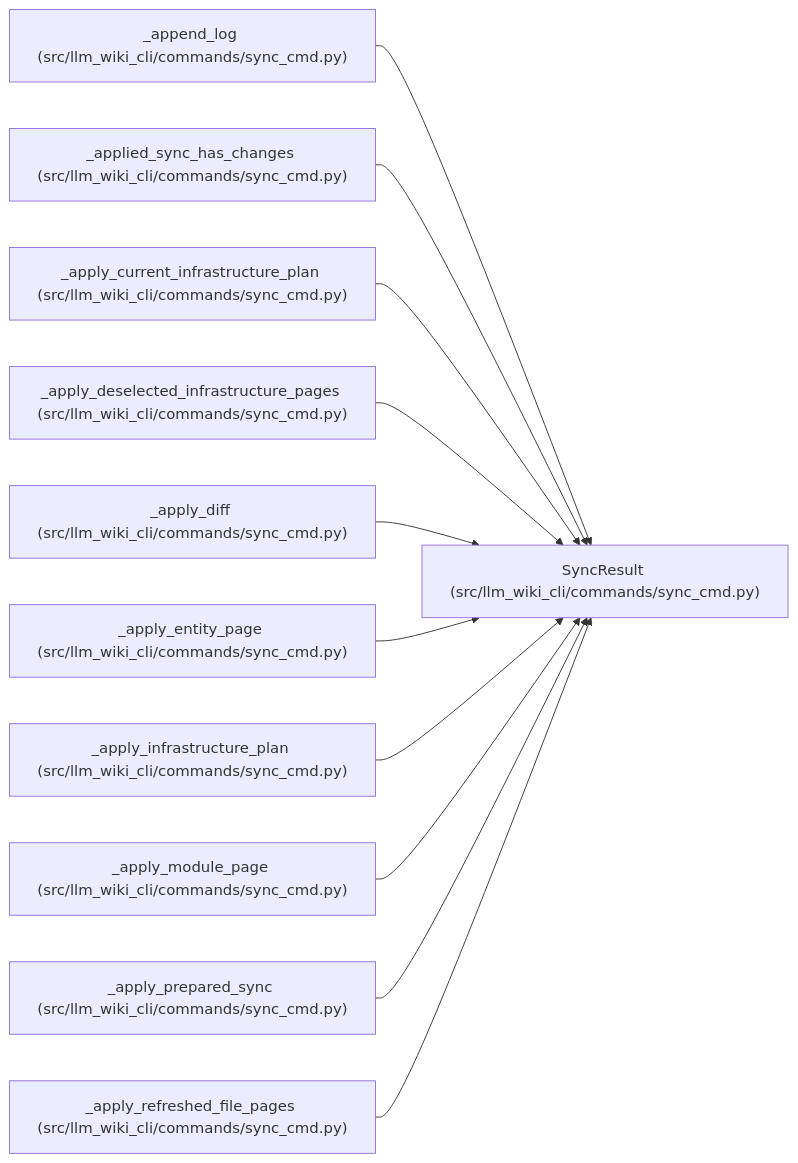
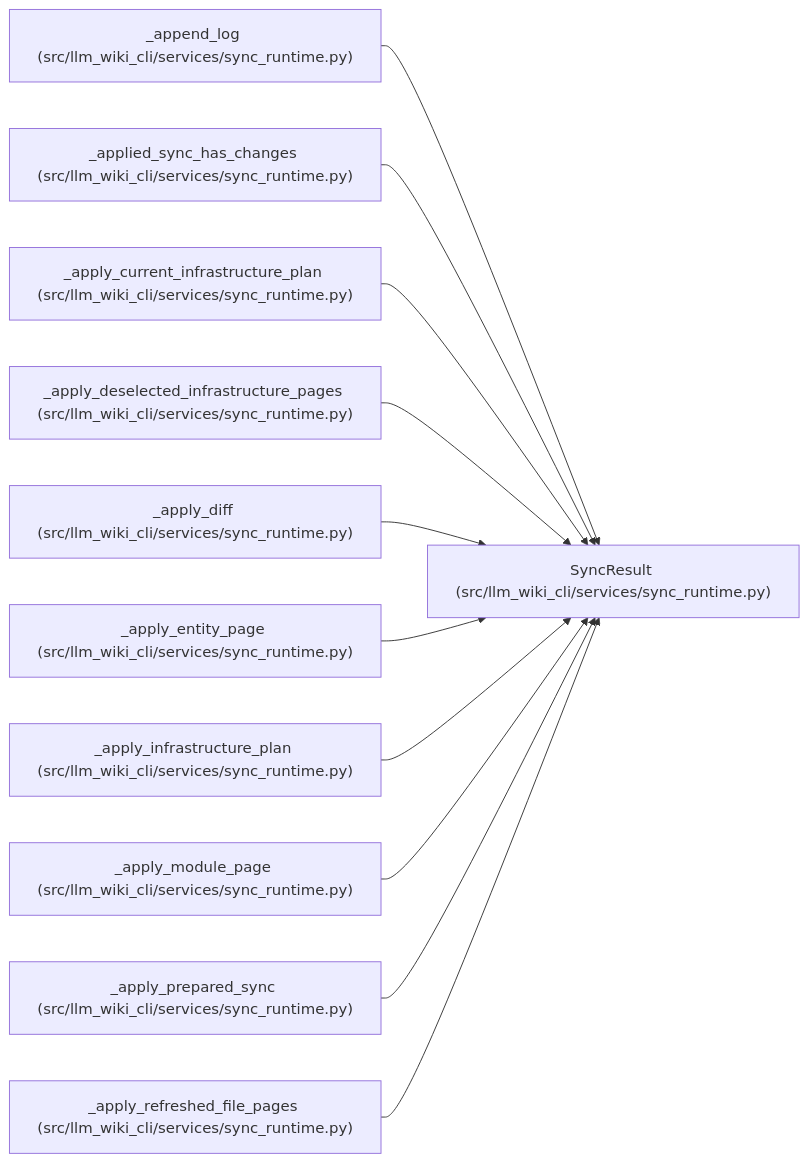
One commit to Denissvgn/python-wiki-llm changed the diagram in docs/llm_wiki/entities/SyncResult.md. Above: the diagram before and after it, drawn with Mermaid. The commit also changed other lines of this file and 1555 other files, not shown here.

````diff
--- a/docs/llm_wiki/entities/SyncResult.md
+++ b/docs/llm_wiki/entities/SyncResult.md
@@ -33,35 +33,35 @@
 ```mermaid
 flowchart LR
-    n0["SyncResult (src/llm_wiki_cli/commands/sync_cmd.py)"]
-    n1["_append_log (src/llm_wiki_cli/commands/sync_cmd.py)"]
-    n2["_applied_sync_has_changes (src/llm_wiki_cli/commands/sync_cmd.py)"]
-    n3["_apply_current_infrastructure_plan (src/llm_wiki_cli/commands/sync_cmd.py)"]
-    n4["_apply_deselected_infrastructure_pages (src/llm_wiki_cli/commands/sync_cmd.py)"]
-    n5["_apply_diff (src/llm_wiki_cli/commands/sync_cmd.py)"]
-    n6["_apply_entity_page (src/llm_wiki_cli/commands/sync_cmd.py)"]
-    n7["_apply_infrastructure_plan (src/llm_wiki_cli/commands/sync_cmd.py)"]
-    n8["_apply_module_page (src/llm_wiki_cli/commands/sync_cmd.py)"]
-    n9["_apply_prepared_sync (src/llm_wiki_cli/commands/sync_cmd.py)"]
-    n10["_apply_refreshed_file_pages (src/llm_wiki_cli/commands/sync_cmd.py)"]
+    n0["SyncResult (src/llm_wiki_cli/services/sync_runtime.py)"]
+    n1["_append_log (src/llm_wiki_cli/services/sync_runtime.py)"]
+    n2["_applied_sync_has_changes (src/llm_wiki_cli/services/sync_runtime.py)"]
+    n3["_apply_current_infrastructure_plan (src/llm_wiki_cli/services/sync_runtime.py)"]
+    n4["_apply_deselected_infrastructure_pages (src/llm_wiki_cli/services/sync_runtime.py)"]
+    n5["_apply_diff (src/llm_wiki_cli/services/sync_runtime.py)"]
+    n6["_apply_entity_page (src/llm_wiki_cli/services/sync_runtime.py)"]
+    n7["_apply_infrastructure_plan (src/llm_wiki_cli/services/sync_runtime.py)"]
+    n8["_apply_module_page (src/llm_wiki_cli/services/sync_runtime.py)"]
+    n9["_apply_prepared_sync (src/llm_wiki_cli/services/sync_runtime.py)"]
+    n10["_apply_refreshed_file_pages (src/llm_wiki_cli/services/sync_runtime.py)"]
     n1 --> n0
     n2 --> n0
     n3 --> n0
     n4 --> n0
     n5 --> n0
     n6 --> n0
     n7 --> n0
     n8 --> n0
     n9 --> n0
     n10 --> n0
-    click n0 "../modules/sync_cmd.md"
-    click n1 "../modules/sync_cmd.md"
-    click n2 "../modules/sync_cmd.md"
-    click n3 "../modules/sync_cmd.md"
-    click n4 "../modules/sync_cmd.md"
-    click n5 "../modules/sync_cmd.md"
-    click n6 "../modules/sync_cmd.md"
-    click n7 "../modules/sync_cmd.md"
-    click n8 "../modules/sync_cmd.md"
-    click n9 "../modules/sync_cmd.md"
-    click n10 "../modules/sync_cmd.md"
+    click n0 "../modules/sync_runtime.md"
+    click n1 "../modules/sync_runtime.md"
+    click n2 "../modules/sync_runtime.md"
+    click n3 "../modules/sync_runtime.md"
+    click n4 "../modules/sync_runtime.md"
+    click n5 "../modules/sync_runtime.md"
+    click n6 "../modules/sync_runtime.md"
+    click n7 "../modules/sync_runtime.md"
+    click n8 "../modules/sync_runtime.md"
+    click n9 "../modules/sync_runtime.md"
+    click n10 "../modules/sync_runtime.md"
 ```
````
